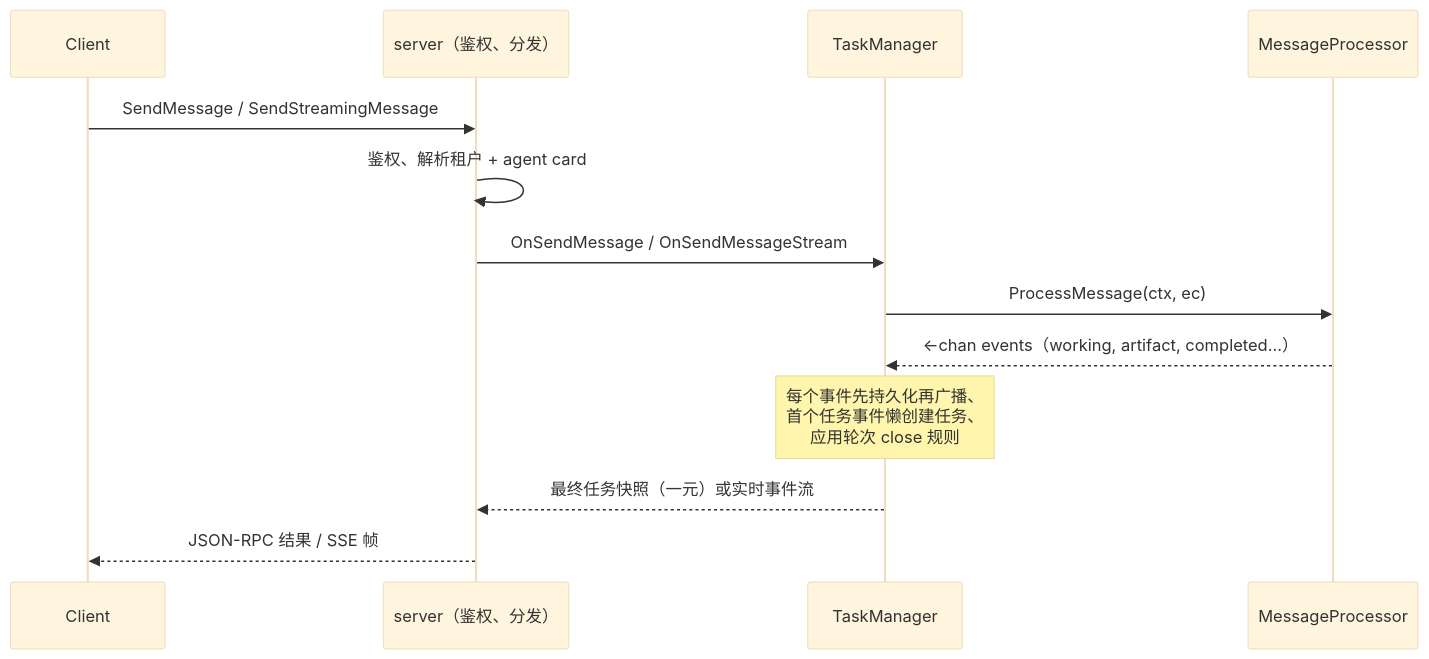
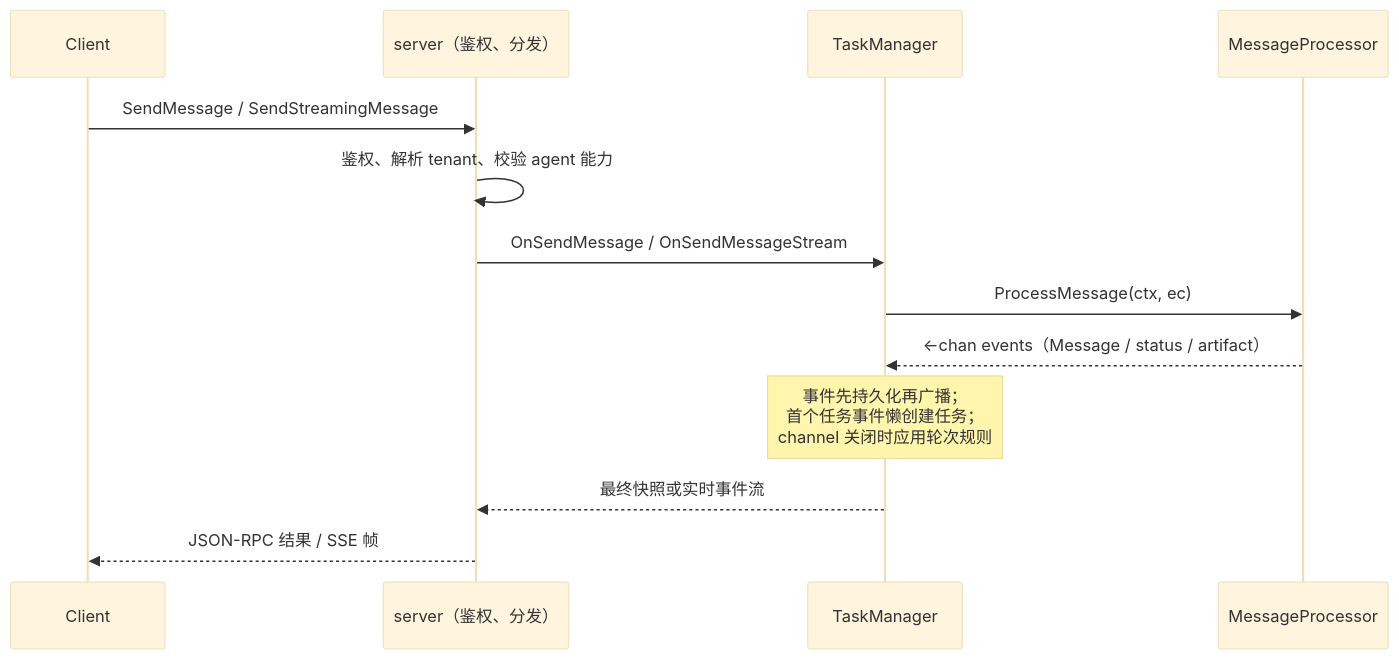
Before and after one commit to trpc-group/trpc-a2a-go: the second of 2 diagrams in docs/mkdocs/zh/overview.md, drawn with Mermaid (base theme). The commit also changed other lines of this file and 7 other files, not shown here.

````diff
--- a/docs/mkdocs/zh/overview.md
+++ b/docs/mkdocs/zh/overview.md
@@ -61,16 +73,16 @@
 ```mermaid
 sequenceDiagram
     participant Client
     participant Server as server（鉴权、分发）
     participant TM as TaskManager
     participant P as MessageProcessor
 
     Client->>Server: SendMessage / SendStreamingMessage
-    Server->>Server: 鉴权、解析租户 + agent card
+    Server->>Server: 鉴权、解析 tenant、校验 agent 能力
     Server->>TM: OnSendMessage / OnSendMessageStream
     TM->>P: ProcessMessage(ctx, ec)
-    P-->>TM: <-chan events（working, artifact, completed…）
-    Note over TM: 每个事件先持久化再广播、<br/>首个任务事件懒创建任务、<br/>应用轮次 close 规则
-    TM-->>Server: 最终任务快照（一元）或实时事件流
+    P-->>TM: <-chan events（Message / status / artifact）
+    Note over TM: 事件先持久化再广播；<br/>首个任务事件懒创建任务；<br/>channel 关闭时应用轮次规则
+    TM-->>Server: 最终快照或实时事件流
     Server-->>Client: JSON-RPC 结果 / SSE 帧
 ```
````
